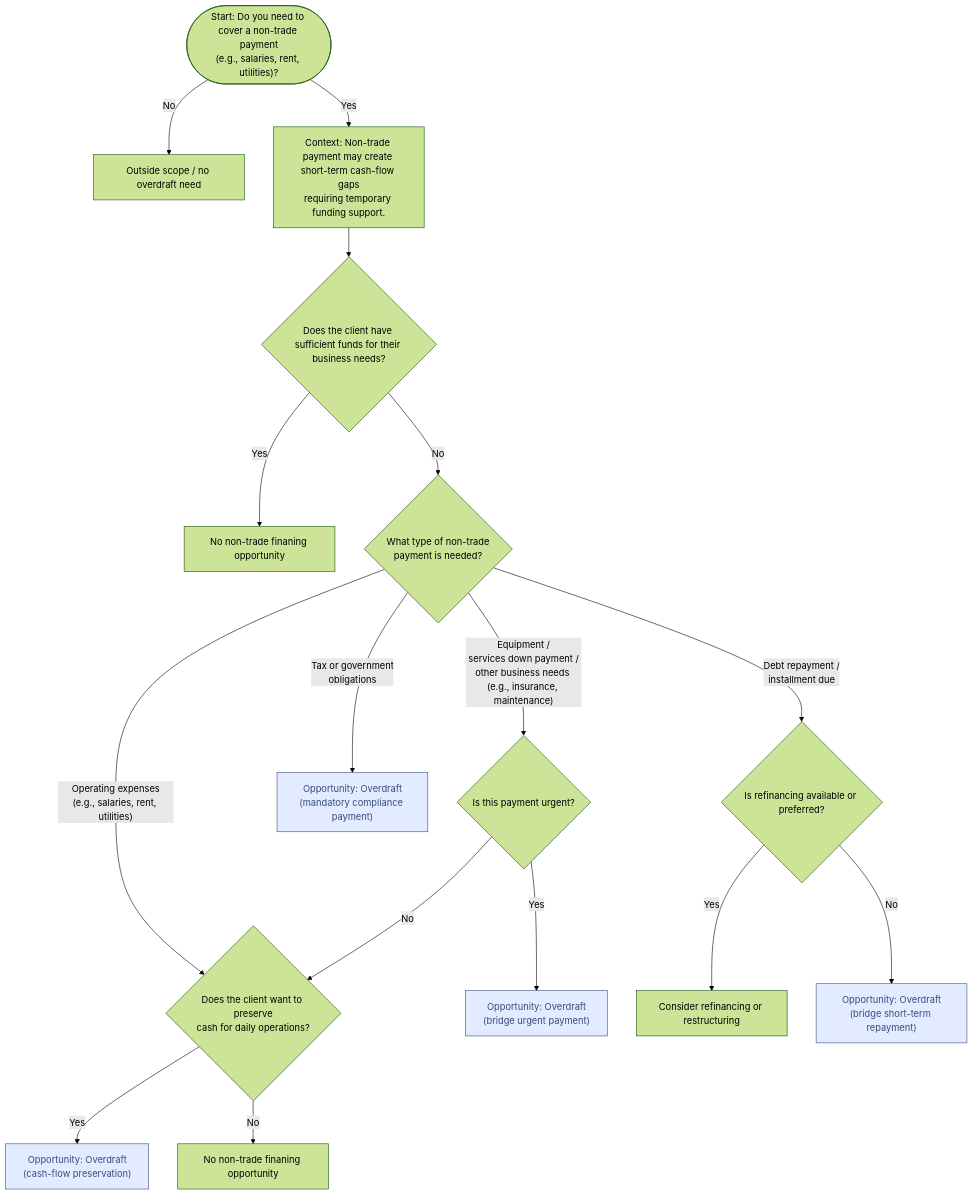
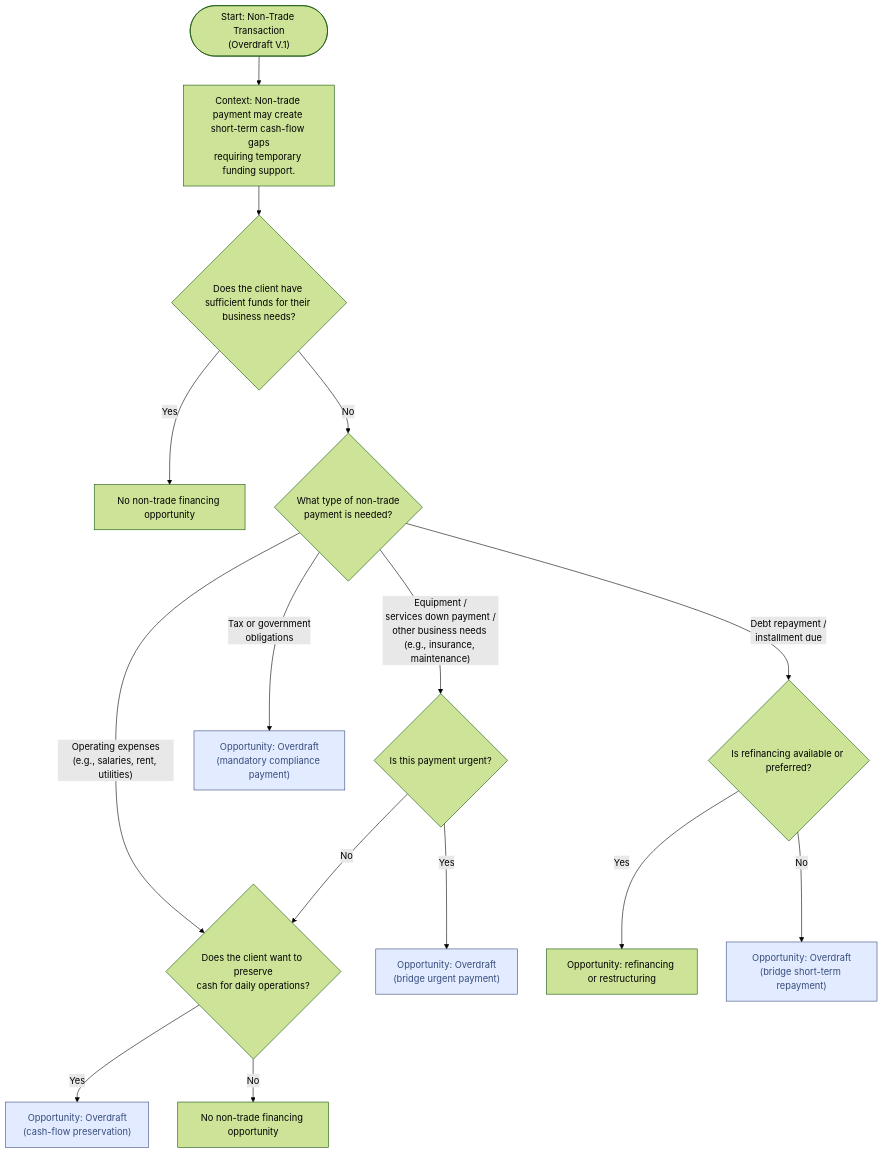
Before and after one commit to sage-develop/why: the diagram in tvc_decision_trees/loans_non_trade_trees/overdraft_tree.md, drawn with Mermaid (forest theme). The commit also changed other lines of this file and 2 other files, not shown here.

Commit message:
update wordings

````diff
--- a/tvc_decision_trees/loans_non_trade_trees/overdraft_tree.md
+++ b/tvc_decision_trees/loans_non_trade_trees/overdraft_tree.md
@@ -9,24 +9,24 @@
 ```mermaid
 flowchart TD
-    Start(["Start: Do you need to cover a non-trade payment<br>(e.g., salaries, rent, utilities)?"]) -- No --> End0["Outside scope / no overdraft need"]
-    Start -- Yes --> Context["Context: Non-trade payment may create short-term cash-flow gaps<br>requiring temporary funding support."]
+    Start@{ label: "Start: Non-Trade Transaction<br style=\"--tw-scale-x:\">(Overdraft V.1)" } -- <br> --> Context["Context: Non-trade payment may create short-term cash-flow gaps<br>requiring temporary funding support."]
     Context --> Q1{"Does the client have sufficient funds for their business needs?"}
-    Q1 -- Yes --> End1["No non-trade finaning opportunity"]
+    Q1 -- Yes --> End1["No non-trade financing opportunity"]
     Q1 -- No --> Q2{"What type of non-trade<br>payment is needed?"}
     Q2 -- "Operating expenses<br>(e.g., salaries, rent, utilities)" --> Q4{"Does the client want to preserve<br>cash for daily operations?"}
     Q2 -- "Equipment /<br>services down payment /<br>other business needs <br>(e.g., insurance, maintenance)" --> Q3{"Is this payment urgent?"}
     Q2 -- Tax or government<br>obligations --> OD1["Opportunity: Overdraft<br>(mandatory compliance payment)"]
     Q2 -- Debt repayment /<br>installment due --> Q5{"Is refinancing available or preferred?"}
     Q3 -- Yes --> OD3["Opportunity: Overdraft<br>(bridge urgent payment)"]
     Q3 -- No --> Q4
     Q4 -- Yes --> OD2["Opportunity: Overdraft<br>(cash-flow preservation)"]
-    Q4 -- No --> End2["No non-trade finaning opportunity"]
-    Q5 -- Yes --> End3["Consider refinancing or restructuring"]
+    Q4 -- No --> End2["No non-trade financing opportunity"]
+    Q5 -- Yes --> End3["Opportunity: refinancing or restructuring"]
     Q5 -- No --> OD5["Opportunity: Overdraft<br>(bridge short-term repayment)"]
 
+    Start@{ shape: stadium}
      OD1:::Sky
      OD3:::Sky
      OD2:::Sky
      OD5:::Sky
     classDef Sky stroke-width:1px, stroke-dasharray:none, stroke:#374D7C, fill:#E2EBFF, color:#374D7C
 ```
````
